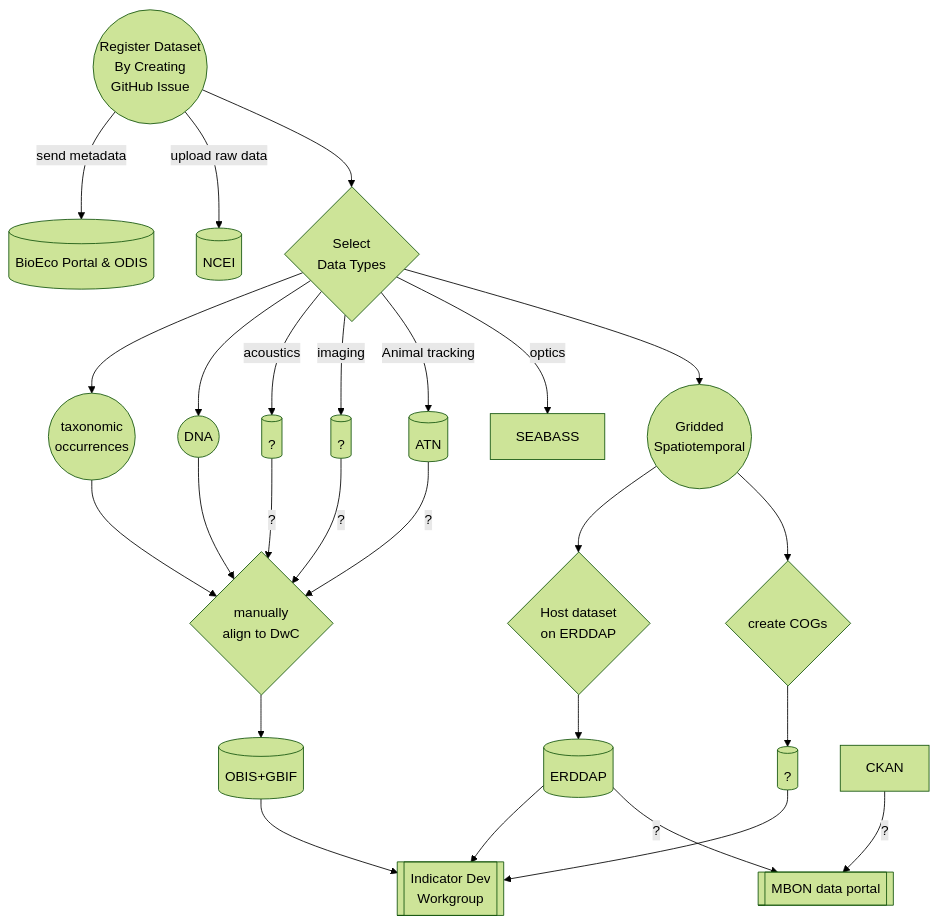
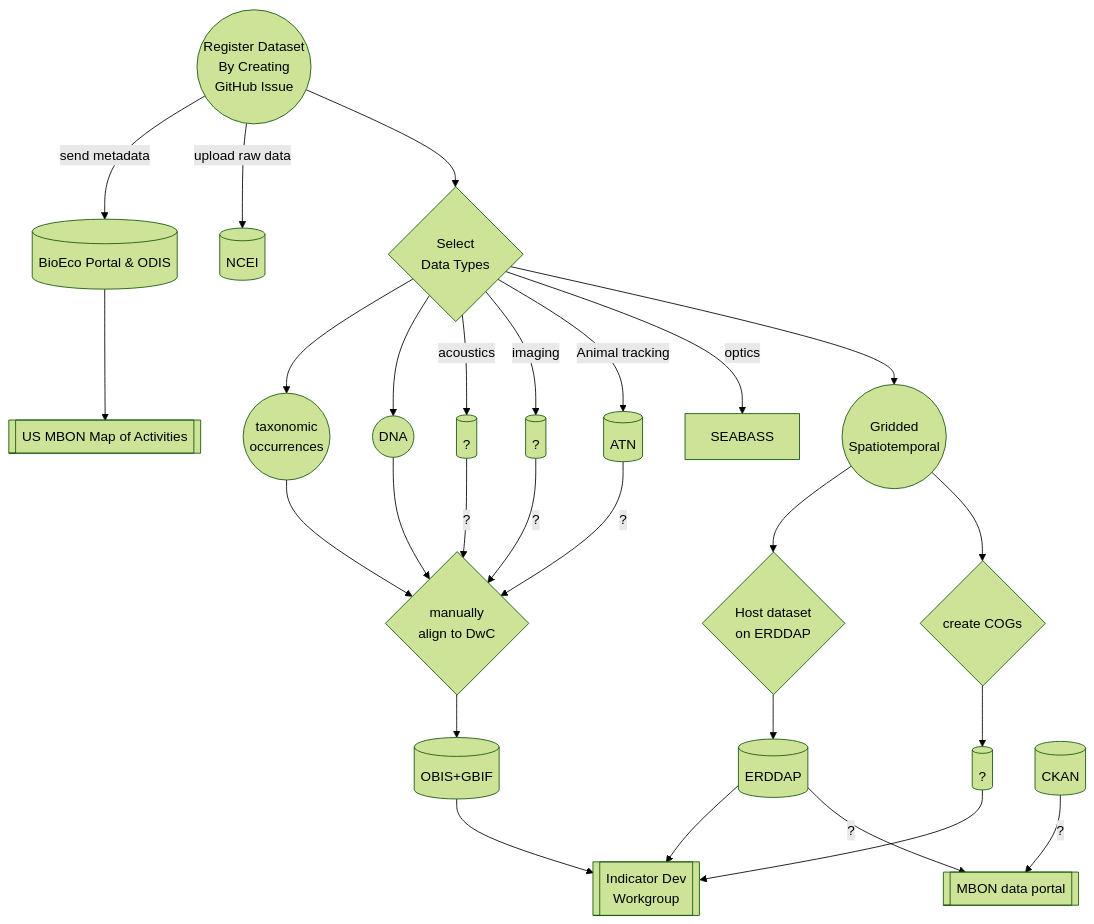
One commit to marinebon/data-management-checklists changed the diagram in graphs/index.md. Above: the diagram before and after it, drawn with Mermaid (forest theme).

Commit message:
add mbon map. fix CKAN node type style

````diff
--- a/graphs/index.md
+++ b/graphs/index.md
@@ -1,42 +1,45 @@
 ```mermaid
 
 graph TD
 
 REGISTER((Register Dataset \n By Creating \n GitHub Issue)) 
   -- send metadata --> BIOECO[(BioEco Portal & ODIS)]
+
+BIOECO --> MAP[[US MBON Map of Activities]]
 
 %% REGISTER --> REGIONAL{Select \n regional MBONs.}
 
 REGISTER -- upload raw data --> NCEI[(NCEI)]
 
 REGISTER --> THEMATIC{Select \n Data Types} 
 
 THEMATIC --> TAXA((taxonomic \n occurrences)) 
   --> DWC_ALIGN{manually \n align to DwC} 
   --> DWC[(OBIS+GBIF)]
 THEMATIC --> DNA((DNA)) 
   --> DWC_ALIGN
 THEMATIC -- acoustics --> ACOUSTICS_DB[(?)]
   -- ? --> DWC_ALIGN
 THEMATIC -- imaging --> IMAGE_DB[(?)]
   -- ? --> DWC_ALIGN
 THEMATIC -- Animal tracking --> ATN[(ATN)]
   -- ? --> DWC_ALIGN
 THEMATIC -- optics --> SEABASS
 THEMATIC --> GRIDDED((Gridded \n Spatiotemporal))
 GRIDDED --> ERDDAP_FMT{Host dataset \n on ERDDAP} 
   --> ERDDAP[(ERDDAP)]
 GRIDDED --> COG{create COGs} --> COG_DB[(?)]
   --> INDICATORS
 
 DWC --> INDICATORS
 ERDDAP --> INDICATORS
 INDICATORS[[Indicator Dev \n Workgroup]]
 
-CKAN -- ? --> PORTAL
+CKAN[(CKAN)] -- ? --> PORTAL
 ERDDAP -- ? --> PORTAL[[MBON data portal]]
 
+click MAP "https://github.com/marinebon/map-of-activities"
 click REGISTER "https://github.com/marinebon/dataset-registry/issues"
 click DWC_ALIGN "https://ioos.github.io/mbon-docs/mbon-data-flow.html#darwin-core-alignment"
 
 ```
````
